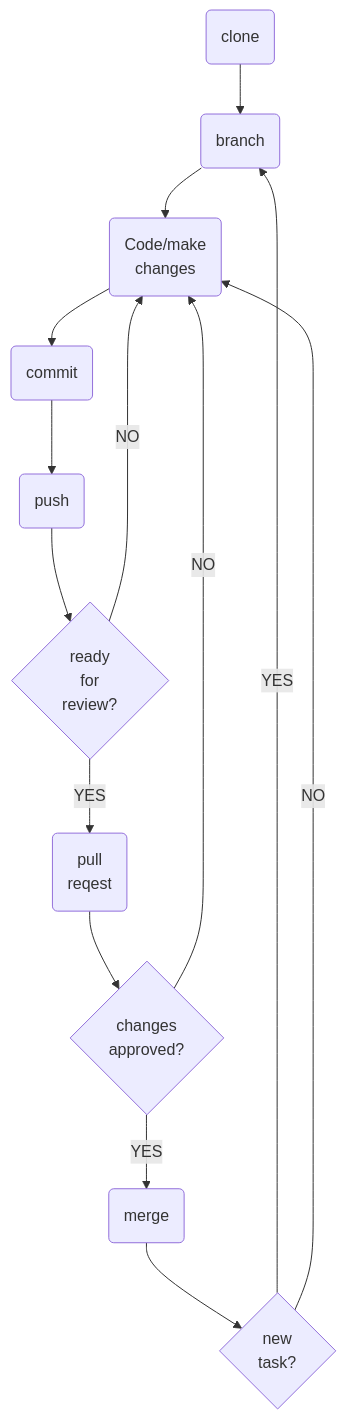
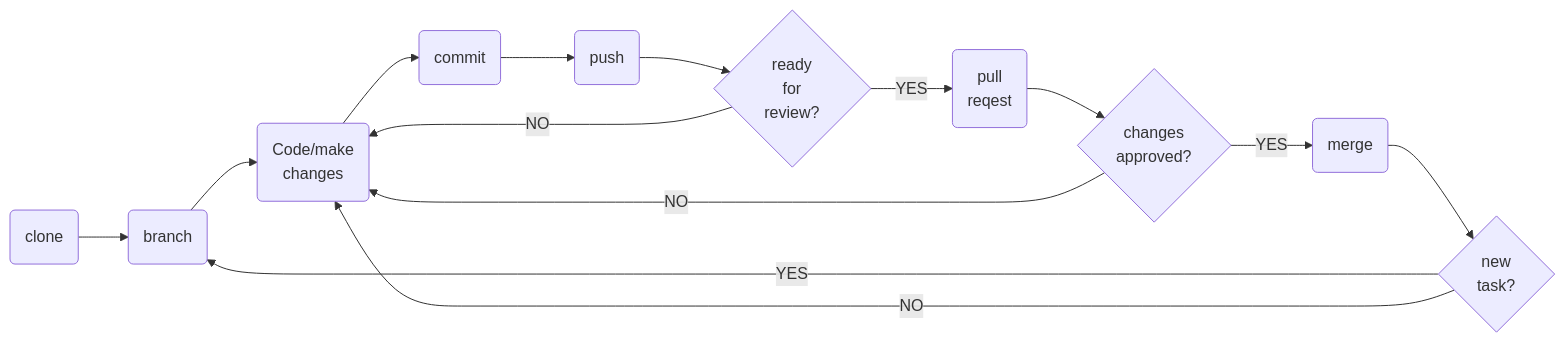
The diagram in mermaid/git-workflow.mmd (OxfordIHTM/ihtm-handbook), drawn with Mermaid before and after one commit. The commit also changed 2 other files, not shown here.

```diff
--- a/mermaid/git-workflow.mmd
+++ b/mermaid/git-workflow.mmd
@@ -1,28 +1,28 @@
-flowchart TB
+flowchart LR
   clone(clone)
   branch(branch)
   changes("Code/make\nchanges")
   commit(commit)
   push(push)
   pr(pull\nreqest)
   merge(merge)
 
   review{ready\nfor\nreview?}
   approve{changes\napproved?}
   task{new\ntask?}
 
 
   clone --> branch --> changes 
   changes --> commit --> push 
   push --> review 
   pr --> approve
   merge --> task
 
   review -- YES --> pr
   review -- NO --> changes
 
   approve -- YES --> merge
   approve -- NO--> changes
 
   task -- YES --> branch
   task -- NO --> changes
```
